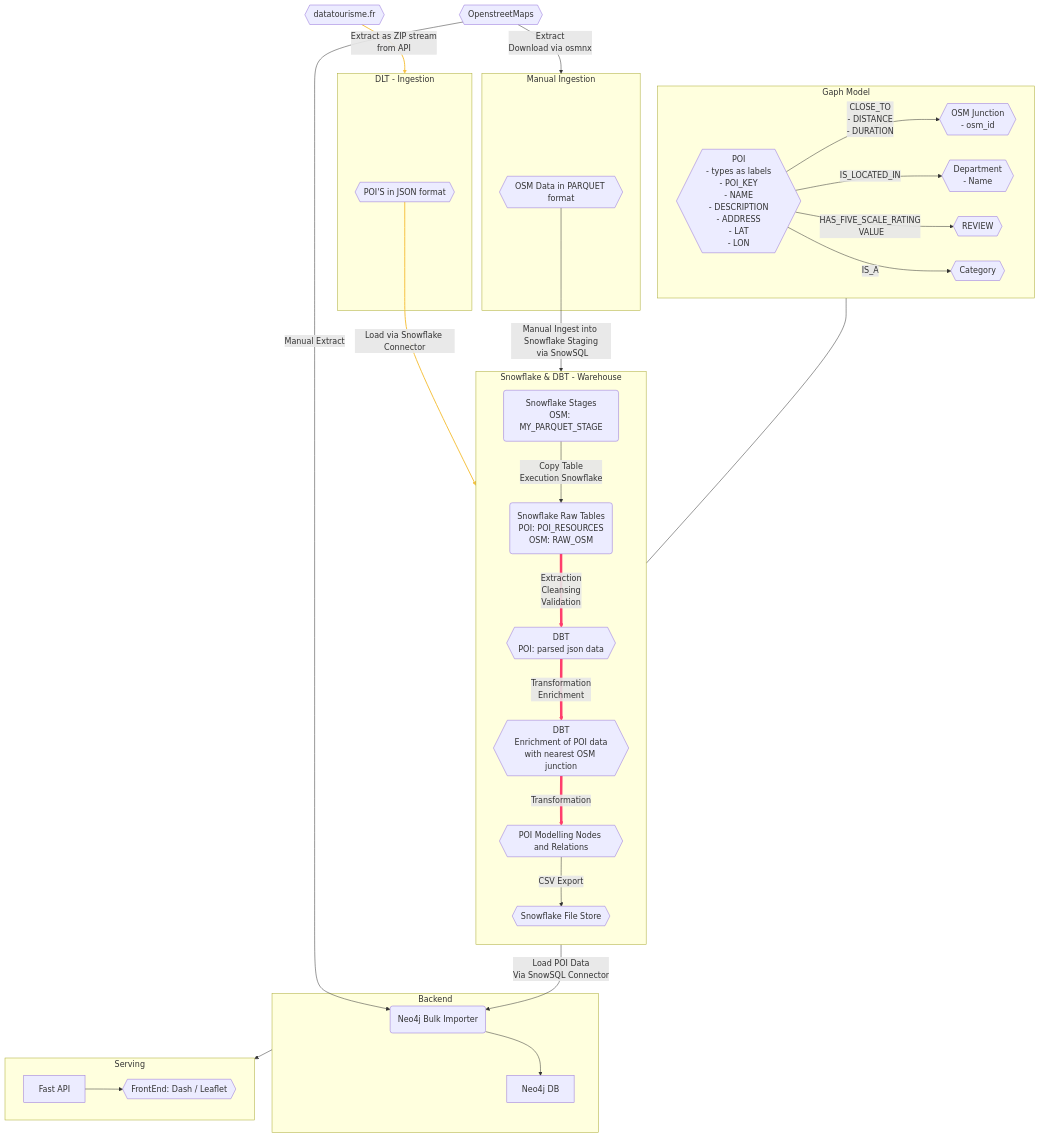
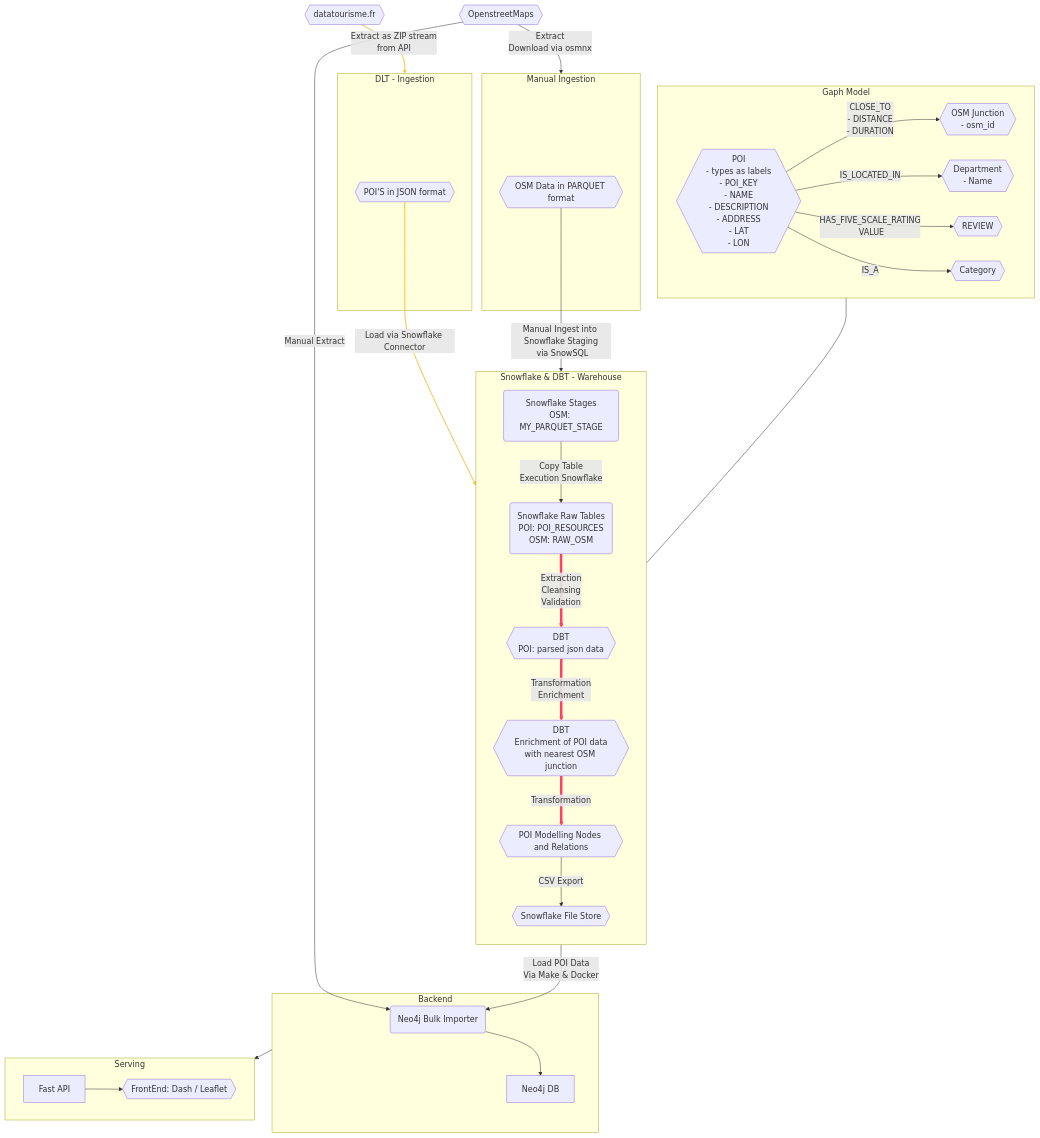
The first of 2 diagrams in README.md (MatthausHaberkorn/de_dbtsnow_poi), drawn with Mermaid before and after one commit.

Commit message:
refactored readme

````diff
--- a/README.md
+++ b/README.md
@@ -136,74 +136,74 @@
 ```mermaid
 flowchart TB
     id1{{datatourisme.fr}}
     id2{{OpenstreetMaps}}
     subgraph  id3 [Manual Ingestion]
         id4{{OSM Data in PARQUET format}}
     end
 
     id2-- Extract\n Download via osmnx -->id3
 
     subgraph id5 [DLT - Ingestion]
         id6{{POI'S in JSON format}}
     end
     id6-- Load via Snowflake Connector-->id10
     id1 -- Extract as ZIP stream\nfrom API -->id5
     subgraph id8 [Snowflake & DBT - Warehouse]
         direction TB
         id9(Snowflake Stages\nOSM: MY_PARQUET_STAGE)--Copy Table\nExecution Snowflake-->
         id10(Snowflake Raw Tables\n POI: POI_RESOURCES\n OSM: RAW_OSM)--"`Extraction
         Cleansing
         Validation`"-->
         id11{{DBT\n POI: parsed json data}}--Transformation\nEnrichment  -->
         id12{{DBT\n Enrichment of POI data with nearest OSM junction}}
         id12-- Transformation -->id13{{POI Modelling Nodes and Relations}}
         id13--CSV Export-->id14{{Snowflake File Store}}
     end
 
     id4 -- Manual Ingest into Snowflake Staging\n via SnowSQL --> id9
     subgraph id15 [Backend]
 
         id16(Neo4j Bulk Importer) --> id17[Neo4j DB]
 
     end
 
-    id14 -- Load POI Data\n Via SnowSQL Connector --> id16
+    id14 -- Load POI Data\n Via Make & Docker --> id16
 
     subgraph id19 [Serving]
 
         id18[Fast API]-->id20{{FrontEnd: Dash / Leaflet}}
     end
     id15 --> id19
 
     id2--Manual Extract-->id16
 
 
     subgraph id100[Gaph Model]
         id110{{"`POI
         - types as labels
         - POI_KEY
         - NAME
         - DESCRIPTION
         - ADDRESS
         - LAT
         - LON`"}}
 
         id200{{OSM Junction\n- osm_id}}
         id300{{Department\n- Name}}
         id500{{REVIEW}}
         id700{{Category}}
 
 
         id110 -- "`CLOSE_TO
         - DISTANCE
         - DURATION`" --> id200
         id110 -- IS_LOCATED_IN --> id300
         id110 -- HAS_FIVE_SCALE_RATING\n VALUE --> id500
         id110 -- IS_A --> id700
     end
 
     id100---id13
 
  linkStyle 4,5,6 stroke:#ff3e6d,stroke-width:5px;
  linkStyle 1,2 stroke:#f6c344,stroke-width:2px;
 ```
````
